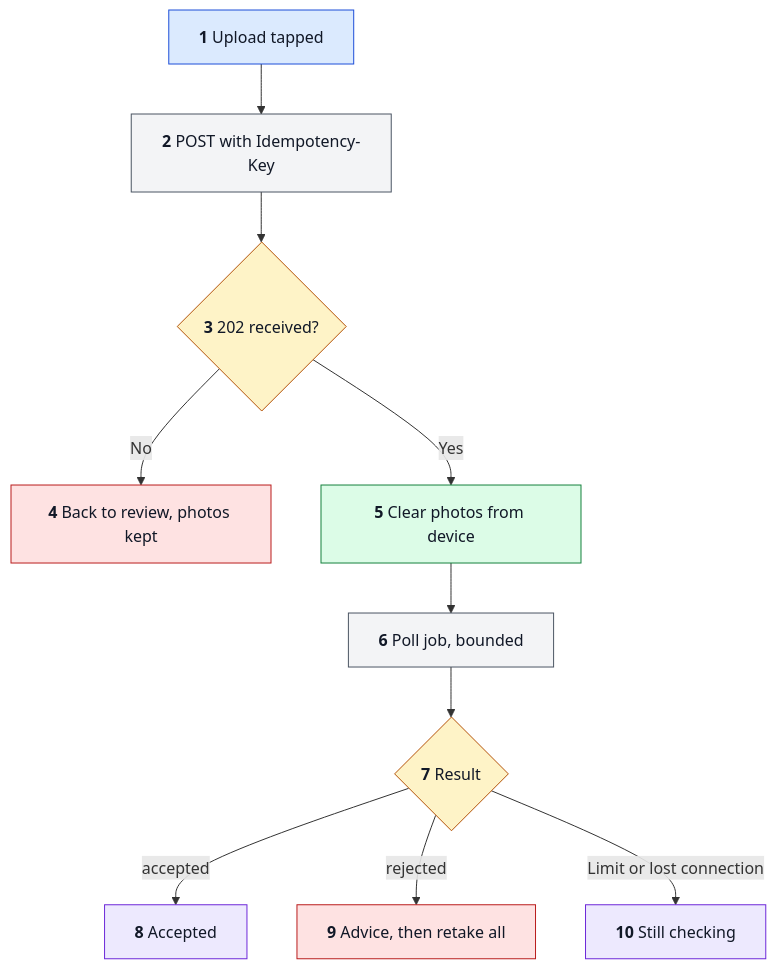
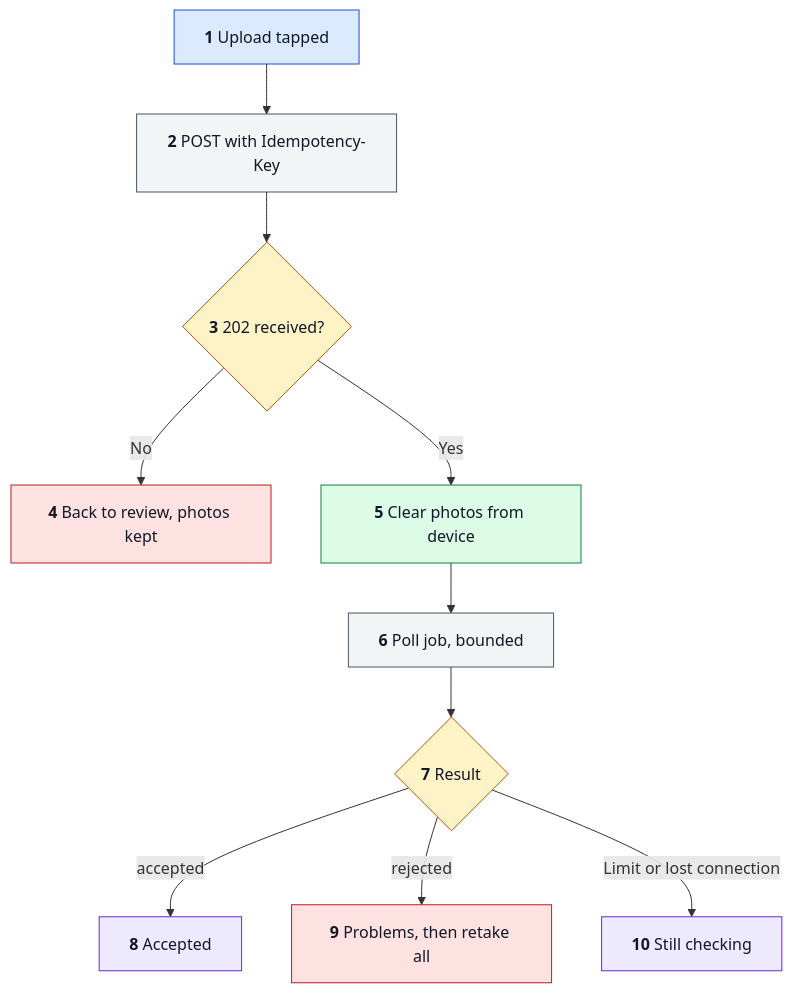
The fourth of 5 diagrams in docs/FLOW.md (hamza-aziz-ai/Face-Dataset-Collector), drawn with Mermaid before and after one commit. The commit also changed other lines of this file and 27 other files, not shown here.

````diff
--- a/docs/FLOW.md
+++ b/docs/FLOW.md
@@ -133,18 +138,18 @@
 ```mermaid
 flowchart TD
     classDef way fill:#dbeafe,stroke:#1d4ed8,color:#111827
     classDef step fill:#dcfce7,stroke:#15803d,color:#111827
     classDef choice fill:#fef3c7,stroke:#b45309,color:#111827
     classDef seen fill:#ede9fe,stroke:#6d28d9,color:#111827
     classDef bad fill:#fee2e2,stroke:#b91c1c,color:#111827
     classDef outside fill:#f3f4f6,stroke:#4b5563,color:#111827
     A["`**1** Upload tapped`"]:::way --> B["`**2** POST with Idempotency-Key`"]:::outside
     B --> C{"`**3** 202 received?`"}:::choice
     C -->|No| D["`**4** Back to review, photos kept`"]:::bad
     C -->|Yes| E["`**5** Clear photos from device`"]:::step
     E --> F["`**6** Poll job, bounded`"]:::outside
     F --> G{"`**7** Result`"}:::choice
     G -->|accepted| H["`**8** Accepted`"]:::seen
-    G -->|rejected| I["`**9** Advice, then retake all`"]:::bad
+    G -->|rejected| I["`**9** Problems, then retake all`"]:::bad
     G -->|Limit or lost connection| J["`**10** Still checking`"]:::seen
 ```
````
